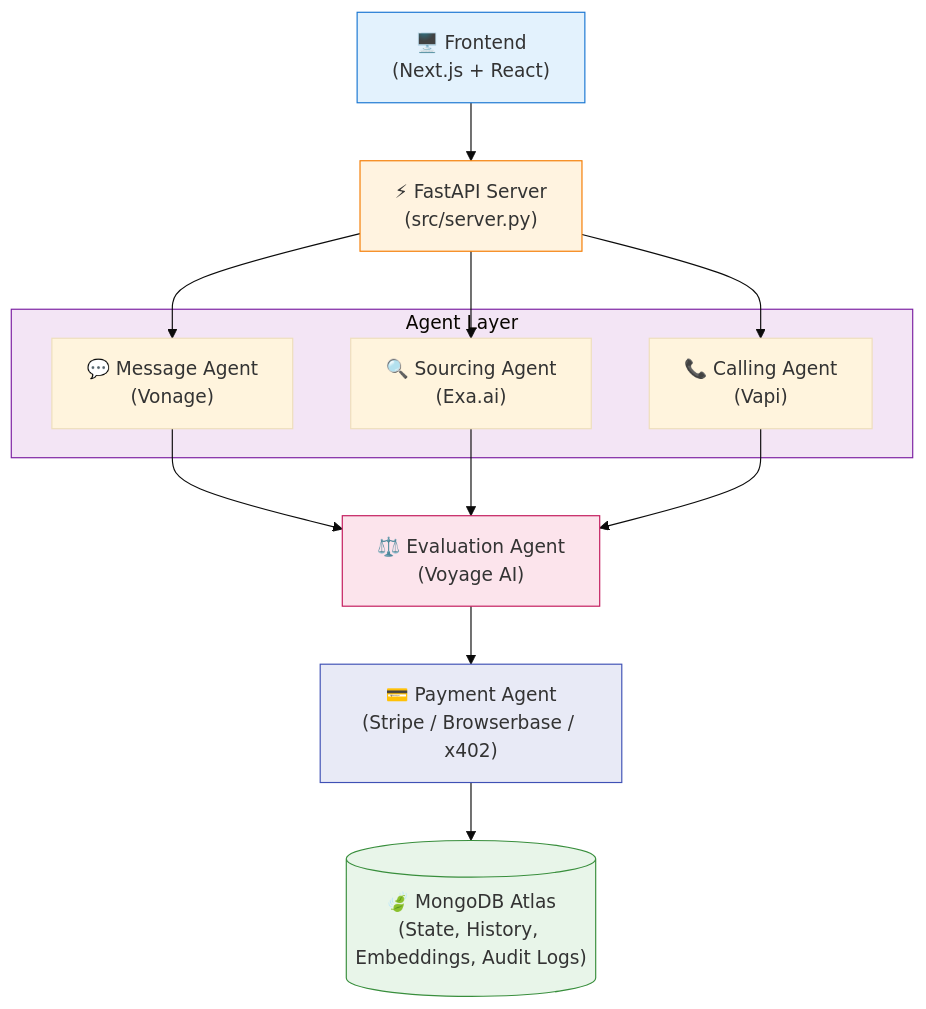
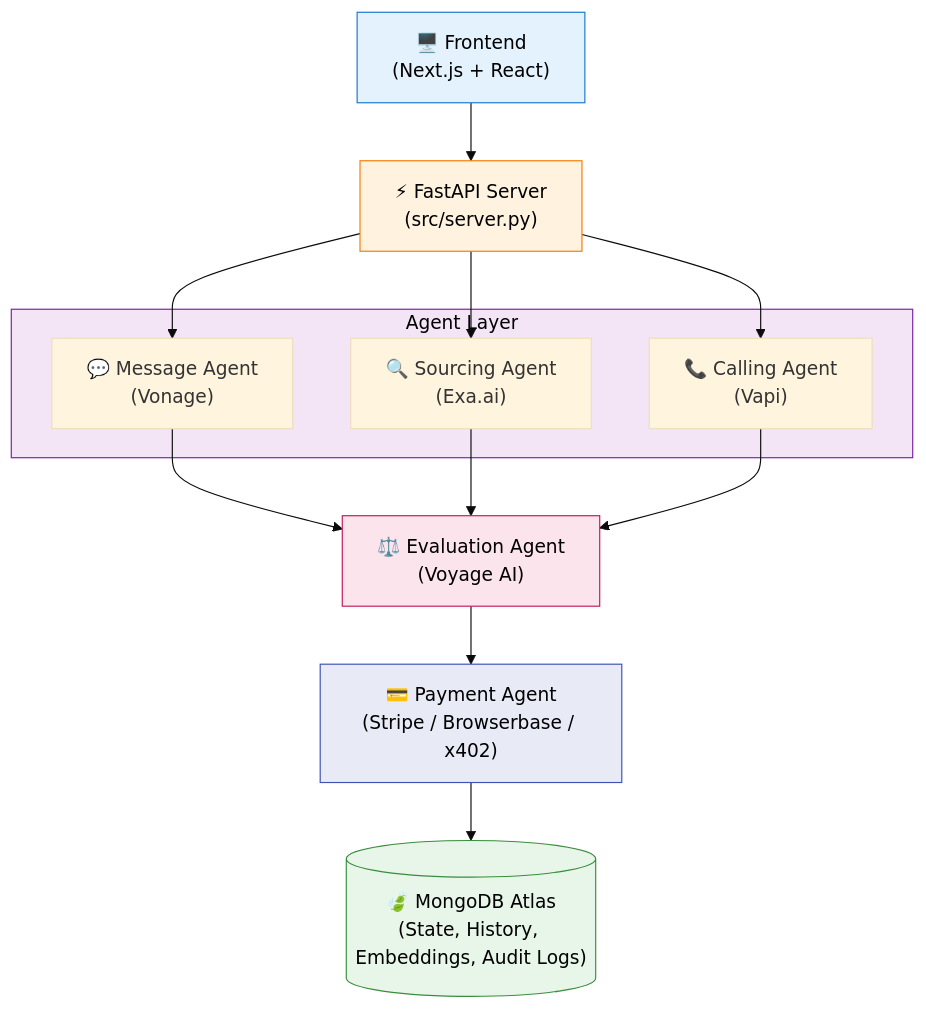
The diagram in CONTRIBUTING.md (anirudhk-tech/Haggl), drawn with Mermaid (base theme) before and after one commit. The commit also changed 2 other files, not shown here.

Commit message:
update(docs): add black text on charts for readability

````diff
--- a/CONTRIBUTING.md
+++ b/CONTRIBUTING.md
@@ -190,31 +190,31 @@
 ```mermaid
 flowchart TB
     Frontend["🖥️ Frontend<br/>(Next.js + React)"]
     
     Server["⚡ FastAPI Server<br/>(src/server.py)"]
 
     subgraph Agents["Agent Layer"]
         Message["💬 Message Agent<br/>(Vonage)"]
         Sourcing["🔍 Sourcing Agent<br/>(Exa.ai)"]
         Calling["📞 Calling Agent<br/>(Vapi)"]
     end
 
     Evaluation["⚖️ Evaluation Agent<br/>(Voyage AI)"]
     
     Payment["💳 Payment Agent<br/>(Stripe / Browserbase / x402)"]
     
     MongoDB[("🍃 MongoDB Atlas<br/>(State, History, Embeddings, Audit Logs)")]
 
     Frontend --> Server
     Server --> Message & Sourcing & Calling
     Message & Sourcing & Calling --> Evaluation
     Evaluation --> Payment
     Payment --> MongoDB
 
-    style Frontend fill:#e3f2fd,stroke:#1976d2
-    style Server fill:#fff3e0,stroke:#f57c00
-    style Agents fill:#f3e5f5,stroke:#7b1fa2
-    style Evaluation fill:#fce4ec,stroke:#c2185b
-    style Payment fill:#e8eaf6,stroke:#3f51b5
-    style MongoDB fill:#e8f5e9,stroke:#388e3c
+    style Frontend fill:#e3f2fd,stroke:#1976d2,color:#000
+    style Server fill:#fff3e0,stroke:#f57c00,color:#000
+    style Agents fill:#f3e5f5,stroke:#7b1fa2,color:#000
+    style Evaluation fill:#fce4ec,stroke:#c2185b,color:#000
+    style Payment fill:#e8eaf6,stroke:#3f51b5,color:#000
+    style MongoDB fill:#e8f5e9,stroke:#388e3c,color:#000
 ```
````
